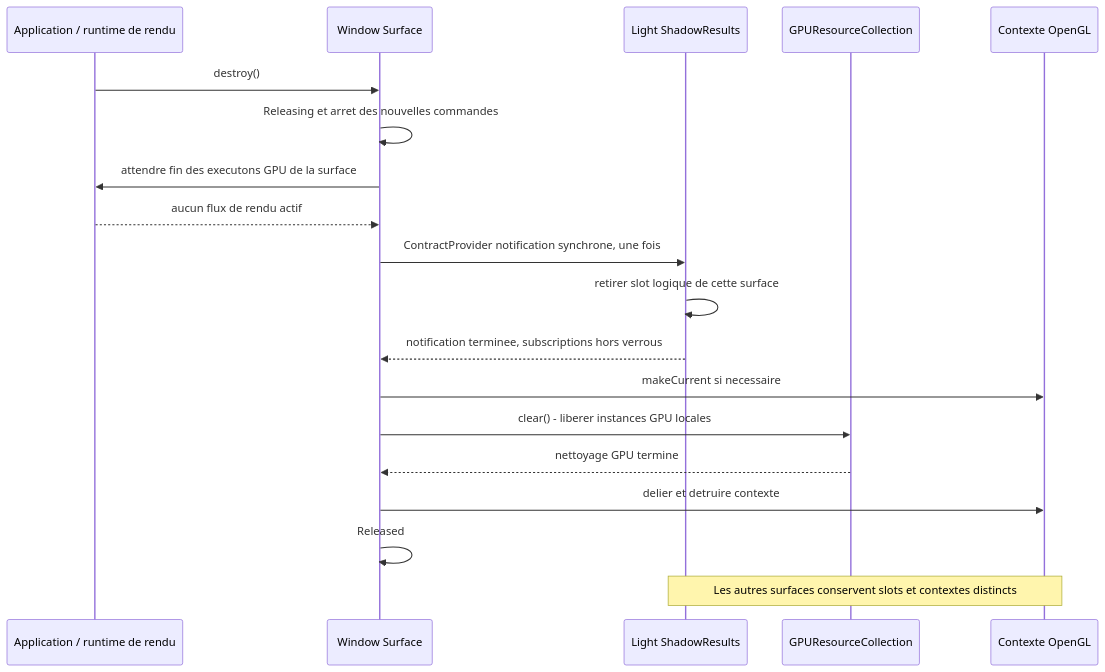
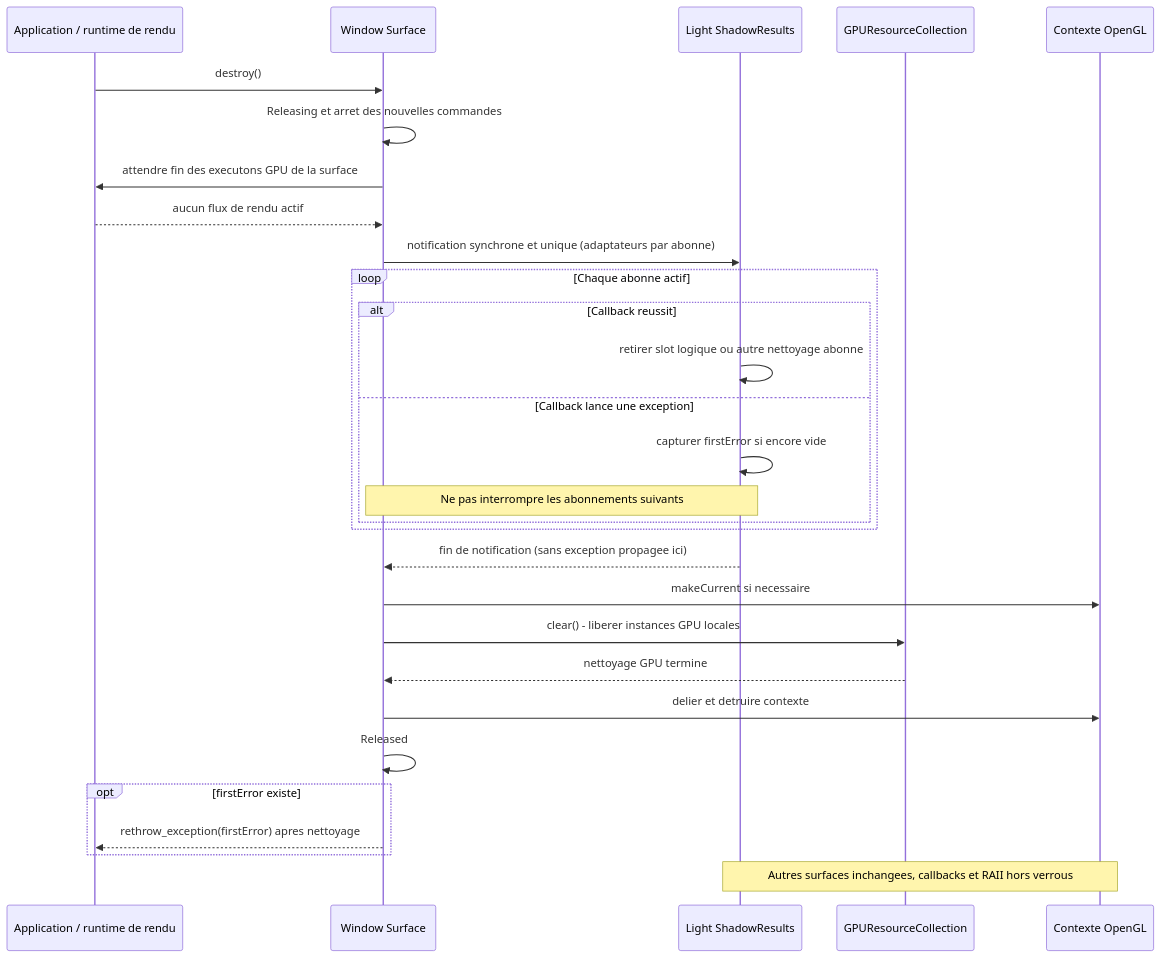
One commit to EreliaStudio/Sparkle changed the fifth of 17 diagrams in docs/voxel-engine-v0.1.4/08-lumieres-et-ombres.md. Above: the diagram before and after it, drawn with Mermaid. The commit also changed other lines of this file and 4 other files, not shown here.

Commit message:
docs(v0.1.4): isolate surface-close callback errors and finish cleanup before rethrow

````diff
--- a/docs/voxel-engine-v0.1.4/08-lumieres-et-ombres.md
+++ b/docs/voxel-engine-v0.1.4/08-lumieres-et-ombres.md
@@ -199,21 +205,31 @@
 ```mermaid
 sequenceDiagram
   participant A as Application / runtime de rendu
   participant S as Window Surface
   participant R as Light ShadowResults
   participant G as GPUResourceCollection
   participant GL as Contexte OpenGL
   A->>S: destroy()
   S->>S: Releasing et arret des nouvelles commandes
   S->>A: attendre fin des executons GPU de la surface
   A-->>S: aucun flux de rendu actif
-  S->>R: ContractProvider notification synchrone, une fois
-  R->>R: retirer slot logique de cette surface
-  R-->>S: notification terminee, subscriptions hors verrous
+  S->>R: notification synchrone et unique (adaptateurs par abonne)
+  loop Chaque abonne actif
+    alt Callback reussit
+      R->>R: retirer slot logique ou autre nettoyage abonne
+    else Callback lance une exception
+      R->>R: capturer firstError si encore vide
+      Note over S,R: Ne pas interrompre les abonnements suivants
+    end
+  end
+  R-->>S: fin de notification (sans exception propagee ici)
   S->>GL: makeCurrent si necessaire
   S->>G: clear() - liberer instances GPU locales
   G-->>S: nettoyage GPU termine
   S->>GL: delier et detruire contexte
   S->>S: Released
-  Note over R,GL: Les autres surfaces conservent slots et contextes distincts
+  opt firstError existe
+    S-->>A: rethrow_exception(firstError) apres nettoyage
+  end
+  Note over R,GL: Autres surfaces inchangees, callbacks et RAII hors verrous
 ```
````
